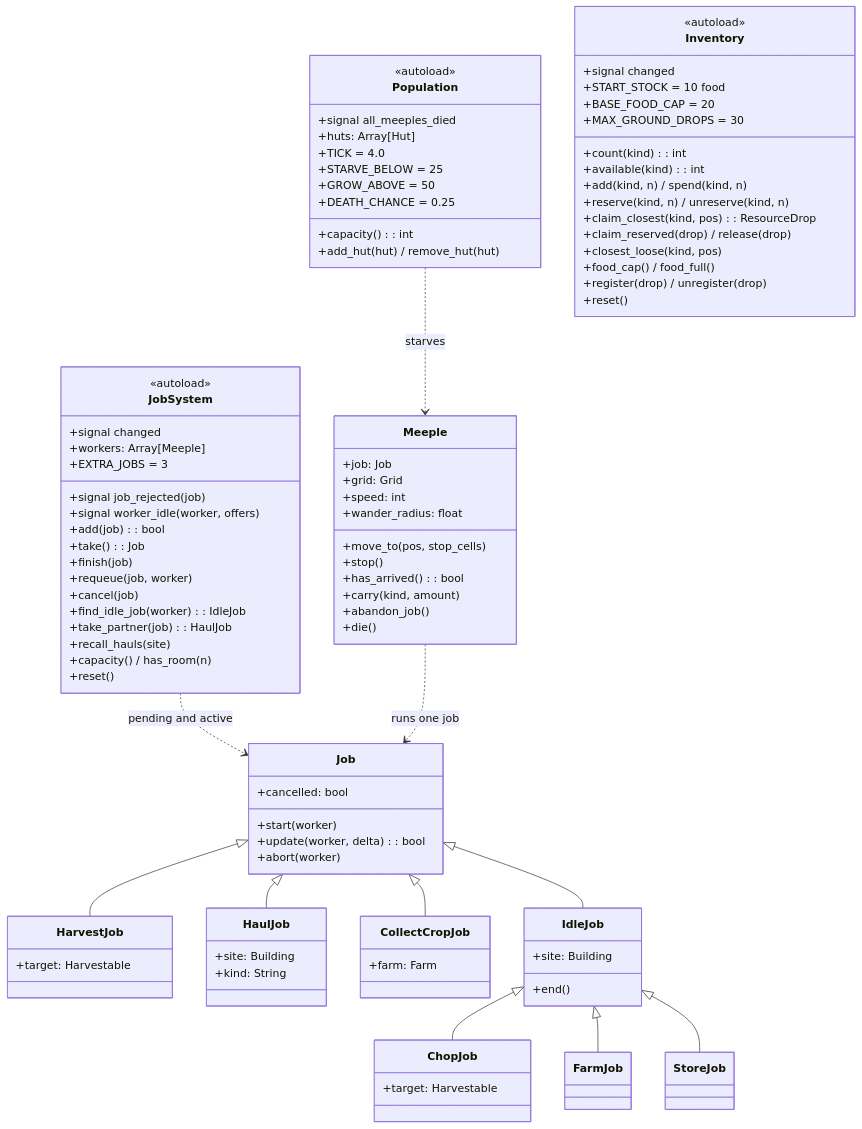
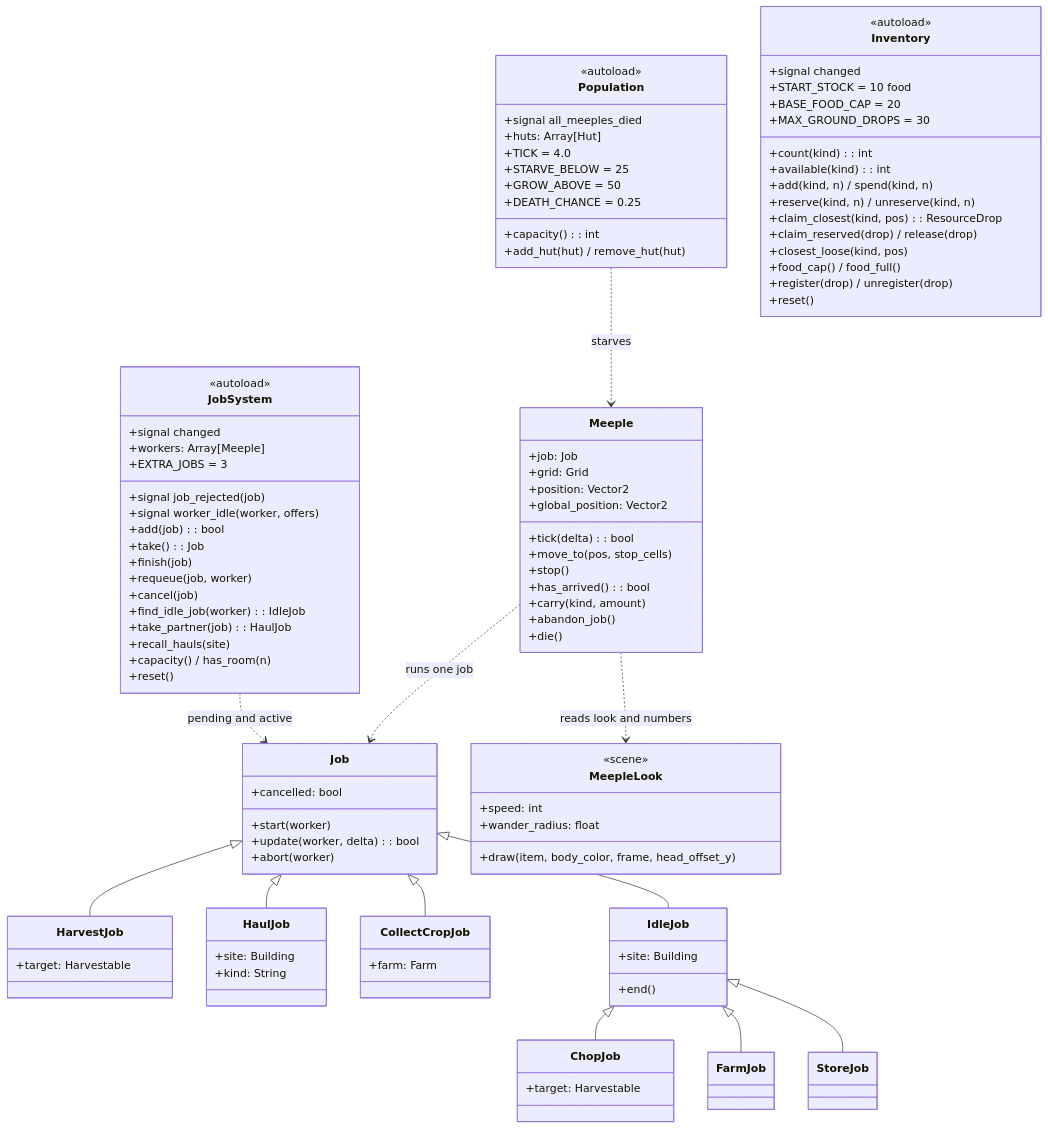
Before and after one commit to Liam-M-Mays/game-jam-2026: the ninth of 10 diagrams in docs/architecture.md, drawn with Mermaid. The commit also changed other lines of this file and 9 other files, not shown here.

````diff
--- a/docs/architecture.md
+++ b/docs/architecture.md
@@ -517,14 +521,21 @@
     class Meeple {
         +job: Job
         +grid: Grid
-        +speed: int
-        +wander_radius: float
+        +position: Vector2
+        +global_position: Vector2
+        +tick(delta): bool
         +move_to(pos, stop_cells)
         +stop()
         +has_arrived(): bool
         +carry(kind, amount)
         +abandon_job()
         +die()
+    }
+    class MeepleLook {
+        <<scene>>
+        +speed: int
+        +wander_radius: float
+        +draw(item, body_color, frame, head_offset_y)
     }
     class Population {
         <<autoload>>
@@ -584,5 +595,6 @@
     IdleJob <|-- StoreJob
     JobSystem ..> Job : pending and active
     Meeple ..> Job : runs one job
+    Meeple ..> MeepleLook : reads look and numbers
     Population ..> Meeple : starves
 ```
````
